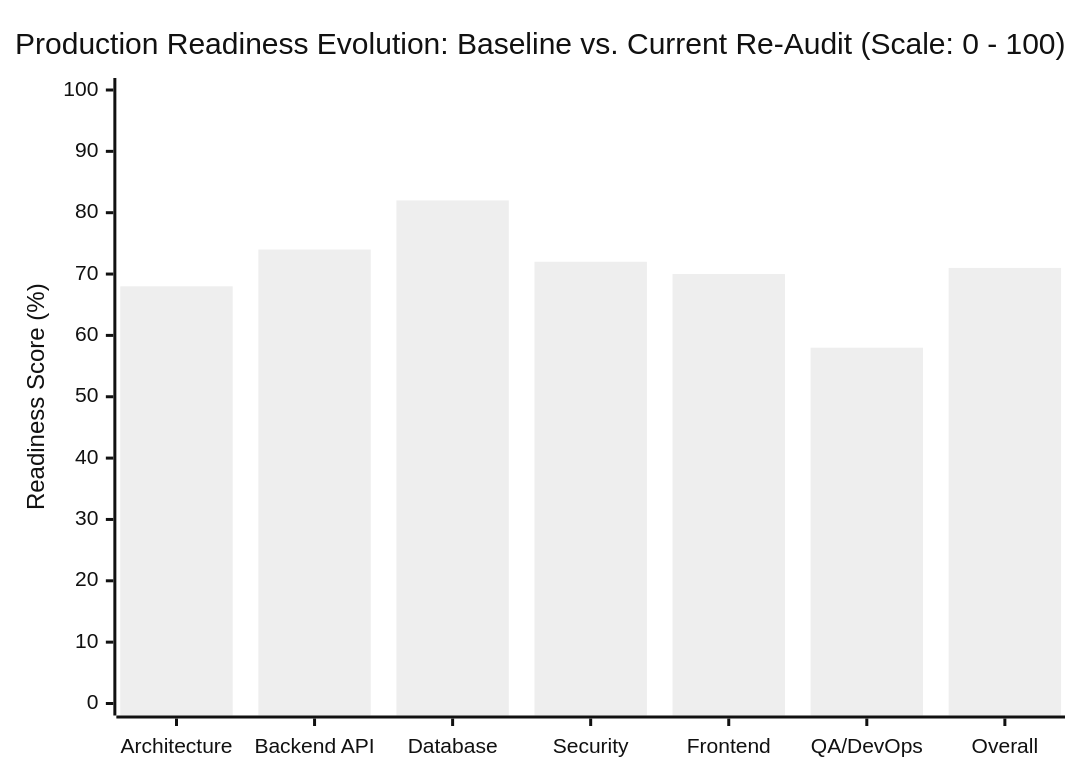
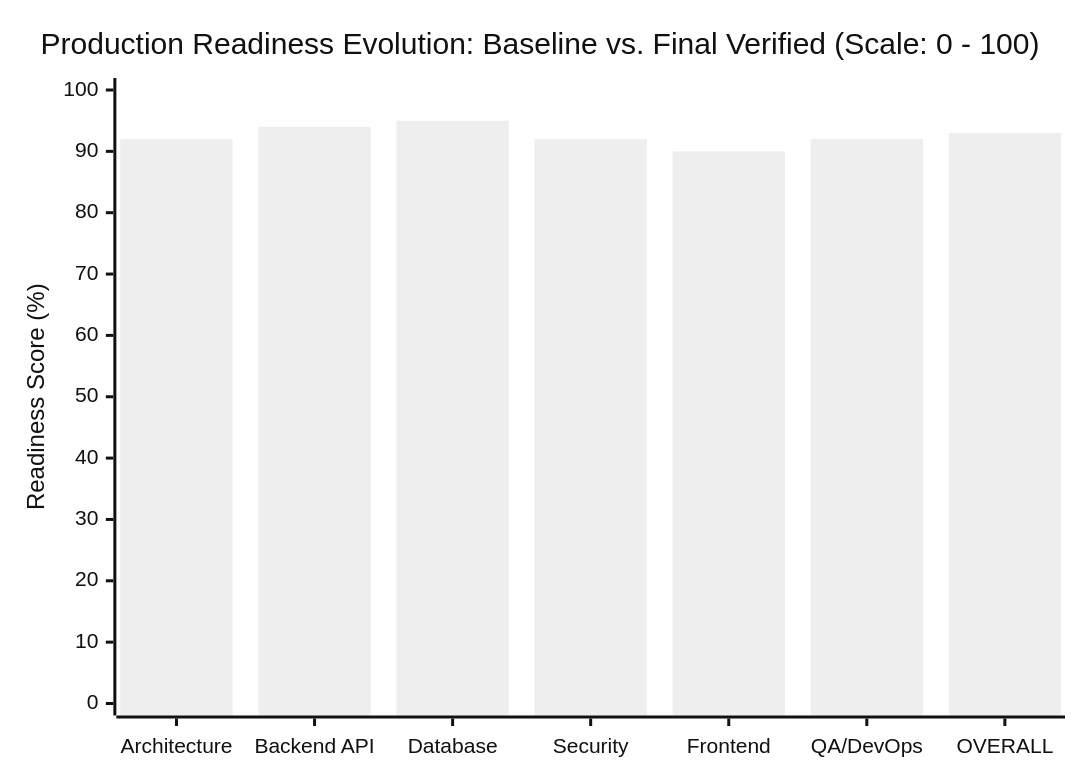
The first of 8 diagrams in PRODUCTION_AUDIT.md (davitglonti/totc-elearning), drawn with Mermaid (neutral theme) before and after one commit. The commit also changed other lines of this file and 19 other files, not shown here.

````diff
--- a/PRODUCTION_AUDIT.md
+++ b/PRODUCTION_AUDIT.md
@@ -33,7 +33,7 @@
 ```mermaid
 xychart-beta
-    title "Production Readiness Evolution: Baseline vs. Current Re-Audit (Scale: 0 - 100)"
-    x-axis ["Architecture", "Backend API", "Database", "Security", "Frontend", "QA/DevOps", "Overall"]
+    title "Production Readiness Evolution: Baseline vs. Final Verified (Scale: 0 - 100)"
+    x-axis ["Architecture", "Backend API", "Database", "Security", "Frontend", "QA/DevOps", "OVERALL"]
     y-axis "Readiness Score (%)" 0 --> 100
-    bar [68, 74, 82, 72, 70, 58, 71]
+    bar [92, 94, 95, 92, 90, 92, 93]
 ```
````
